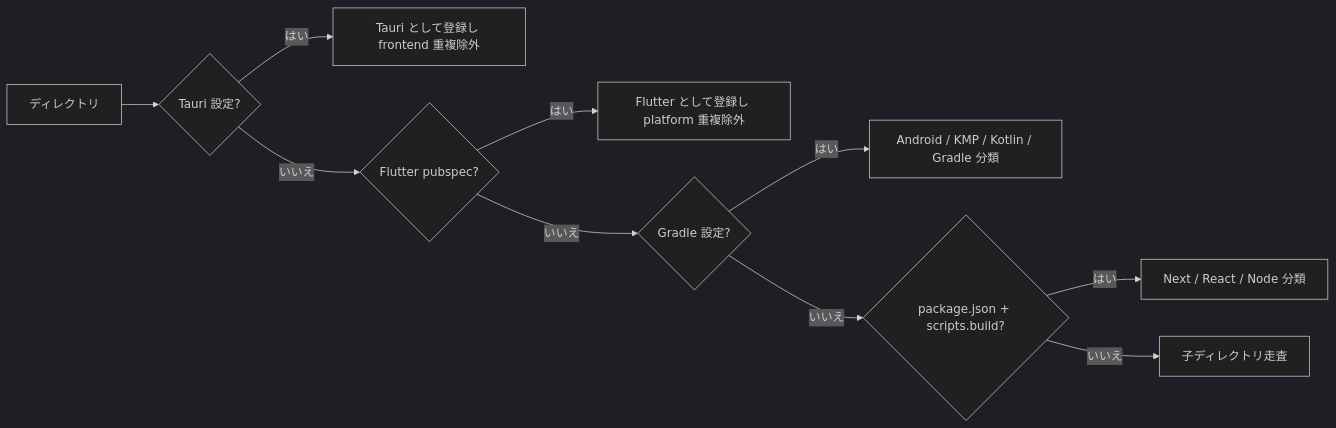
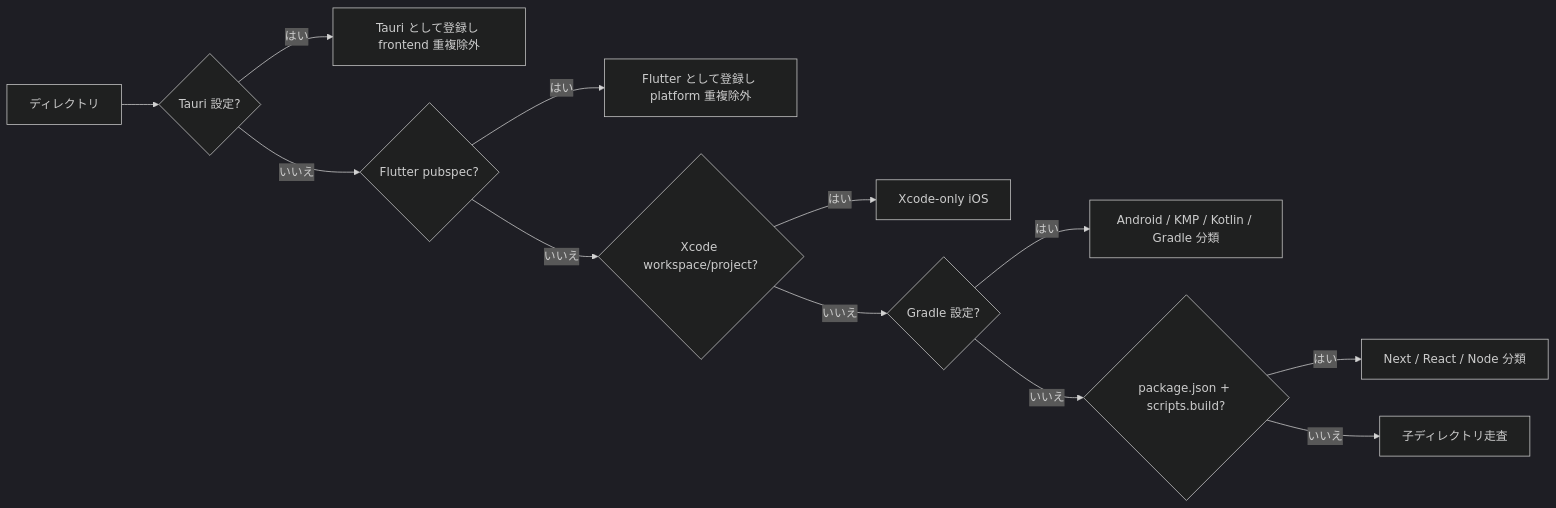
Before and after one commit to kimdzhekhon/Universal-Build-Script: the second of 8 diagrams in README.ja.md, drawn with Mermaid (dark theme). The commit also changed other lines of this file and 20 other files, not shown here.

Commit message:
feat: complete build orchestration roadmap

````diff
--- a/README.ja.md
+++ b/README.ja.md
@@ -80,12 +83,14 @@
 ```mermaid
 flowchart LR
     R["ディレクトリ"] --> T{"Tauri 設定?"}
     T -->|"はい"| TA["Tauri として登録し frontend 重複除外"]
     T -->|"いいえ"| F{"Flutter pubspec?"}
     F -->|"はい"| FL["Flutter として登録し platform 重複除外"]
-    F -->|"いいえ"| G{"Gradle 設定?"}
+    F -->|"いいえ"| X{"Xcode workspace/project?"}
+    X -->|"はい"| XI["Xcode-only iOS"]
+    X -->|"いいえ"| G{"Gradle 設定?"}
     G -->|"はい"| GR["Android / KMP / Kotlin / Gradle 分類"]
     G -->|"いいえ"| N{"package.json + scripts.build?"}
     N -->|"はい"| NO["Next / React / Node 分類"]
     N -->|"いいえ"| S["子ディレクトリ走査"]
 ```
````
